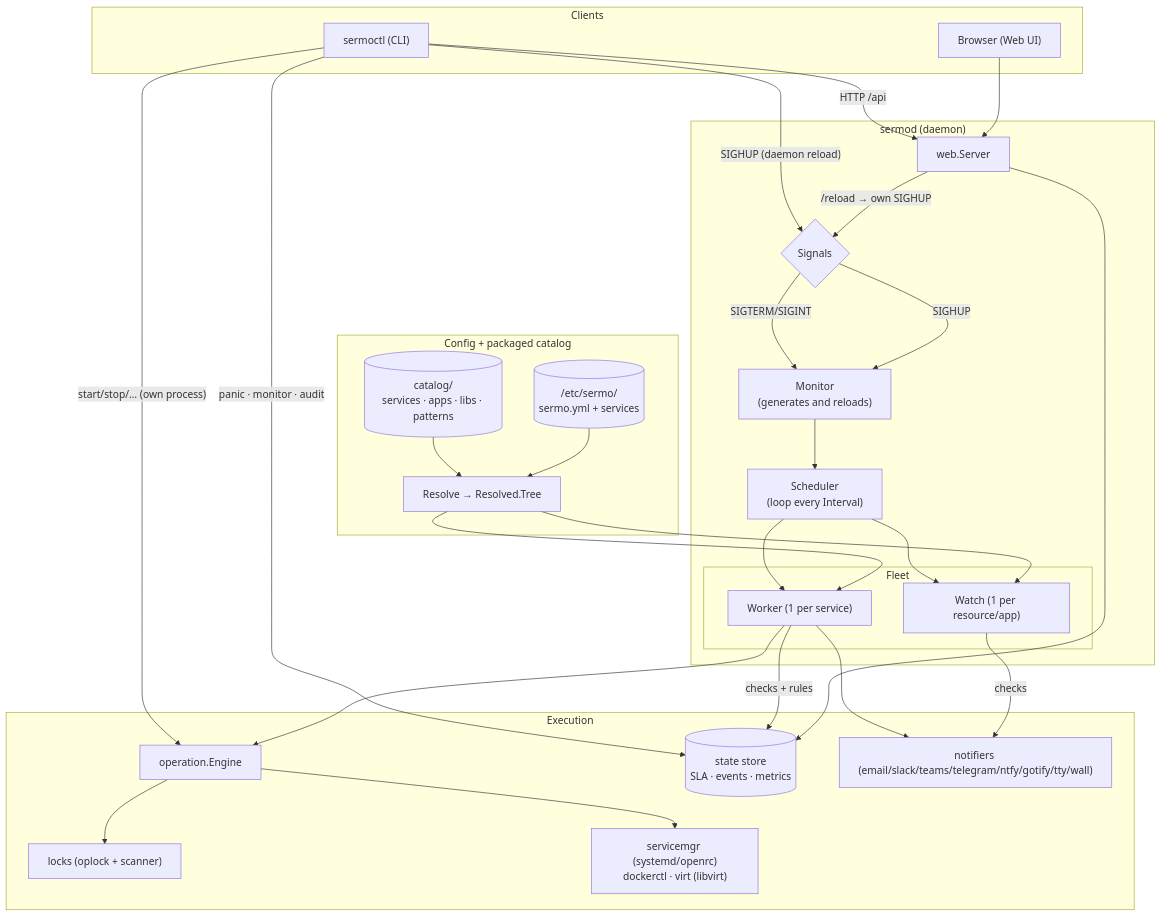
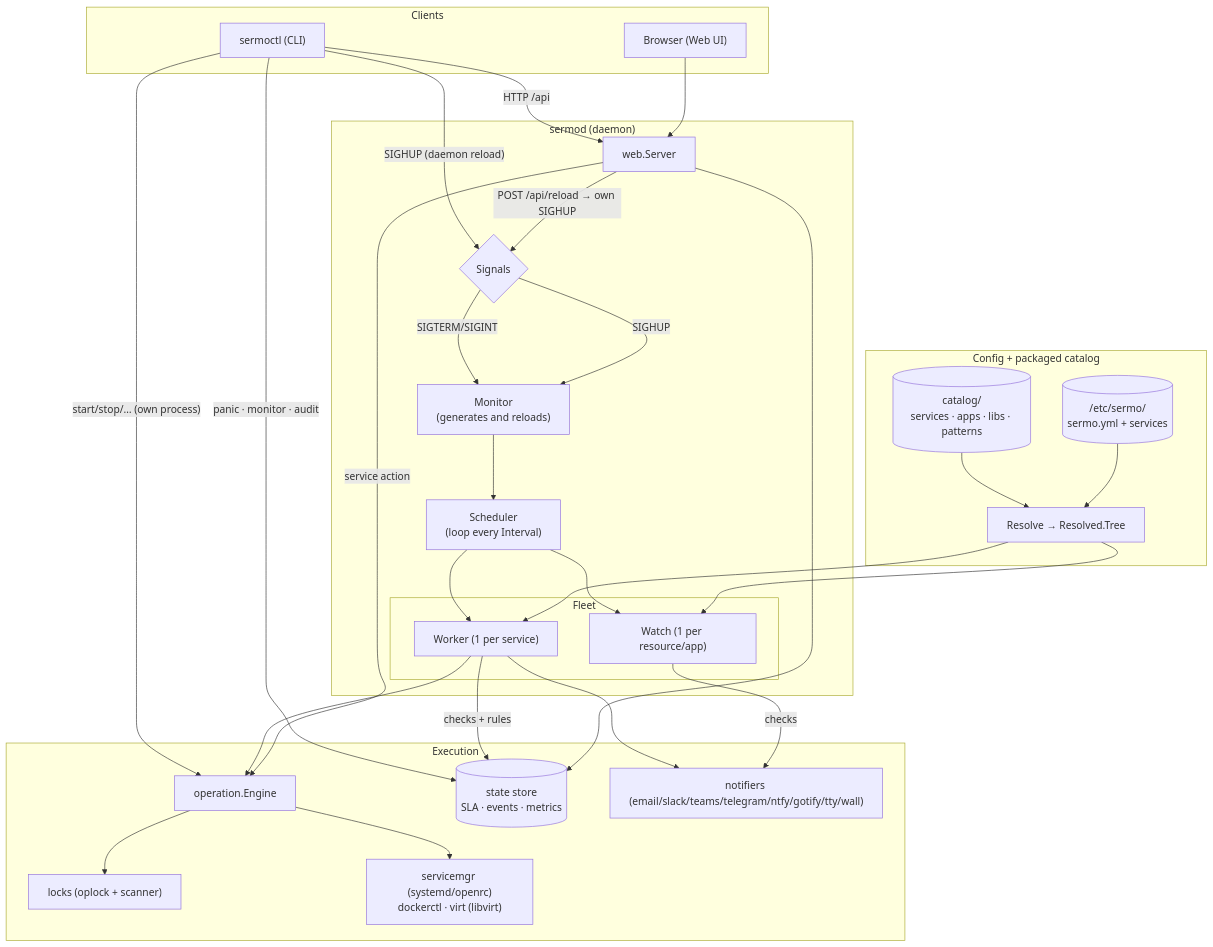
Before and after one commit to inode64/Sermo: the first of 6 diagrams in docs/architecture.md, drawn with Mermaid. The commit also changed other lines of this file and 9 other files, not shown here.

````diff
--- a/docs/architecture.md
+++ b/docs/architecture.md
@@ -23,55 +23,56 @@
 ```mermaid
 flowchart TB
   subgraph clients["Clients"]
     CLI["sermoctl (CLI)"]
     BROWSER["Browser (Web UI)"]
   end
 
   subgraph daemon["sermod (daemon)"]
     SIG{"Signals"}
     MON["Monitor<br/>(generates and reloads)"]
     SCH["Scheduler<br/>(loop every Interval)"]
     WEB["web.Server"]
     subgraph fleet["Fleet"]
       W["Worker (1 per service)"]
       WA["Watch (1 per resource/app)"]
     end
   end
 
   subgraph cfg["Config + packaged catalog"]
     CAT[("catalog/<br/>services · apps · libs · patterns")]
     USR[("/etc/sermo/<br/>sermo.yml + services")]
     RES["Resolve → Resolved.Tree"]
   end
 
   subgraph backends["Execution"]
     OP["operation.Engine"]
     LK["locks (oplock + scanner)"]
     SM["servicemgr (systemd/openrc)<br/>dockerctl · virt (libvirt)"]
     ST[("state store<br/>SLA · events · metrics")]
     NT["notifiers (email/slack/teams/telegram/ntfy/gotify/tty/wall)"]
   end
 
   CLI -- "SIGHUP (daemon reload)" --> SIG
   CLI -- "HTTP /api" --> WEB
   CLI -- "start/stop/… (own process)" --> OP
   CLI -- "panic · monitor · audit" --> ST
   BROWSER --> WEB
-  WEB -- "/reload → own SIGHUP" --> SIG
+  WEB -- "POST /api/reload → own SIGHUP" --> SIG
 
   SIG -- "SIGTERM/SIGINT" --> MON
   SIG -- "SIGHUP" --> MON
   MON --> SCH --> W & WA
 
   CAT --> RES
   USR --> RES
   RES --> W & WA
 
   W --> OP
   W -- "checks + rules" --> ST
   W --> NT
   WA -- "checks" --> NT
   OP --> LK
   OP --> SM
+  WEB -- "service action" --> OP
   WEB --> ST
 ```
````
